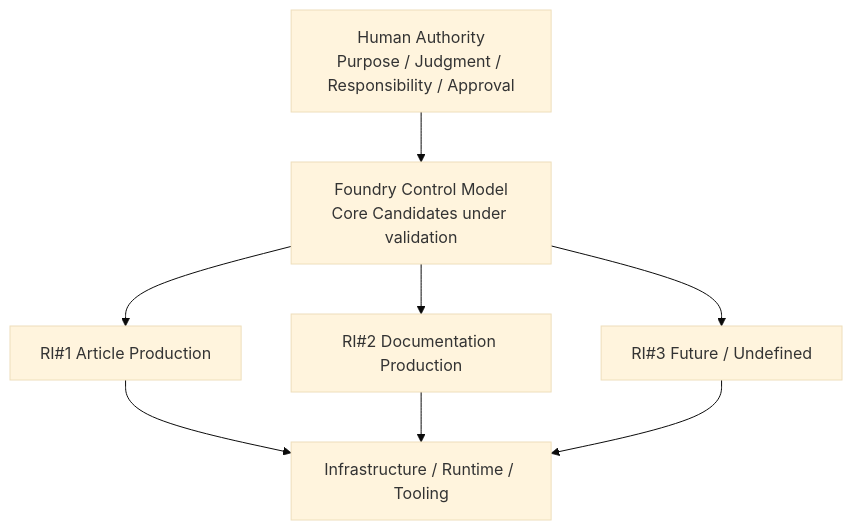
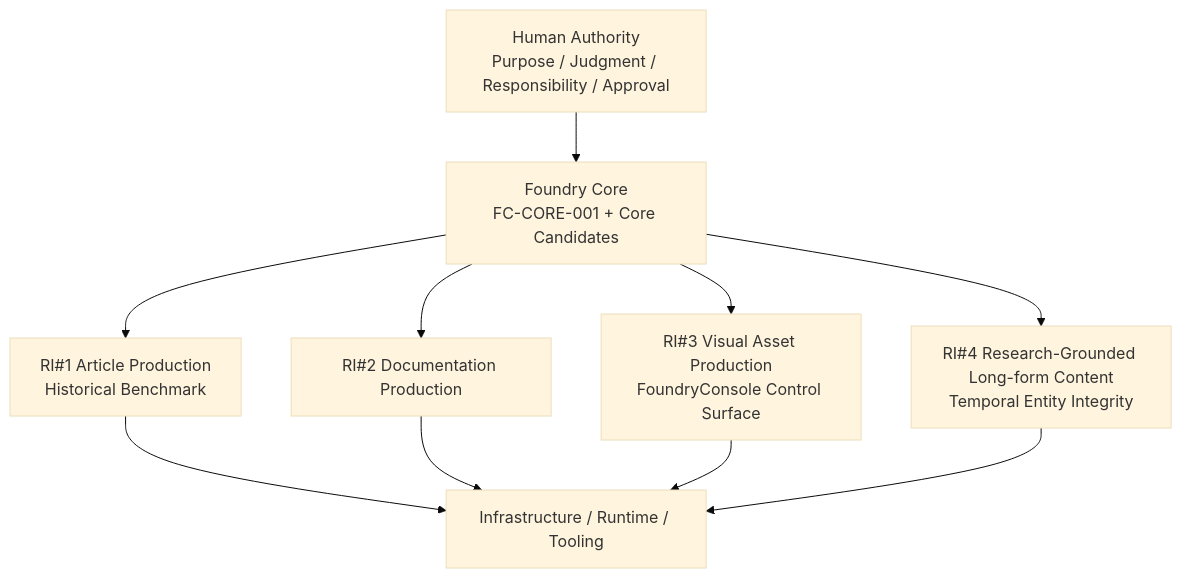
Before and after one commit to fctaityo/fctaityo.github.io: the first of 12 diagrams in docs/public/architecture-public.md, drawn with Mermaid (base theme). The commit also changed other lines of this file and 3 other files, not shown here.

Commit message:
docs: currentize foundry core public projection

````diff
--- a/docs/public/architecture-public.md
+++ b/docs/public/architecture-public.md
@@ -26,10 +28,12 @@
 ```mermaid
 flowchart TD
-  H["Human Authority<br/>Purpose / Judgment / Responsibility / Approval"] --> F["Foundry Control Model<br/>Core Candidates under validation"]
-  F --> R1["RI#1 Article Production"]
+  H["Human Authority<br/>Purpose / Judgment / Responsibility / Approval"] --> F["Foundry Core<br/>FC-CORE-001 + Core Candidates"]
+  F --> R1["RI#1 Article Production<br/>Historical Benchmark"]
   F --> R2["RI#2 Documentation Production"]
-  F --> R3["RI#3 Future / Undefined"]
+  F --> R3["RI#3 Visual Asset Production<br/>FoundryConsole Control Surface"]
+  F --> R4["RI#4 Research-Grounded Long-form Content<br/>Temporal Entity Integrity"]
   R1 --> I["Infrastructure / Runtime / Tooling"]
   R2 --> I
   R3 --> I
+  R4 --> I
 ```
````
